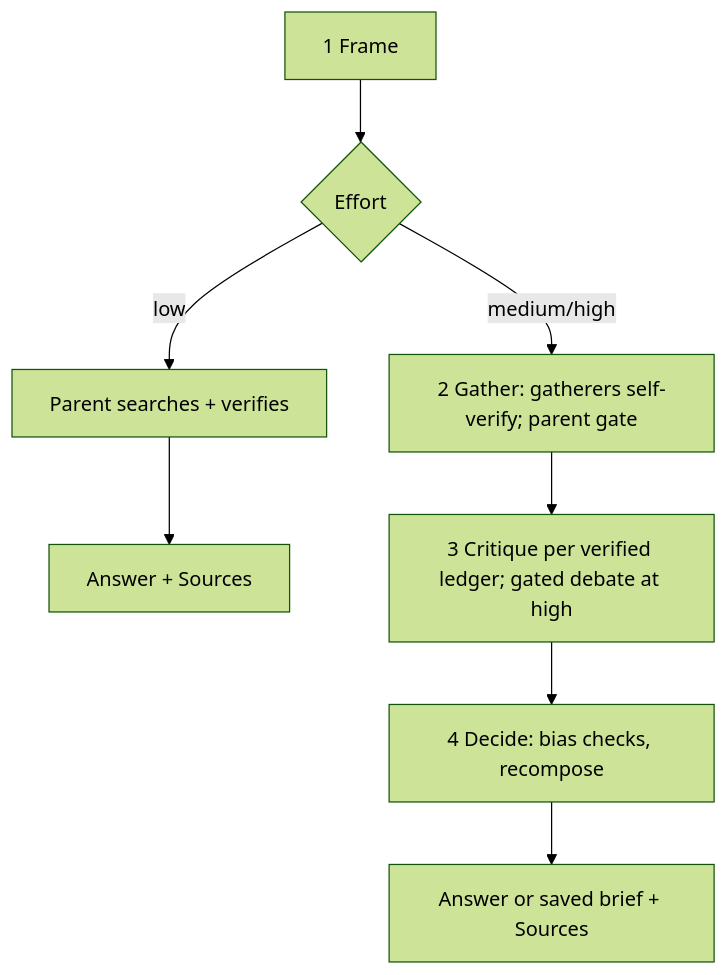
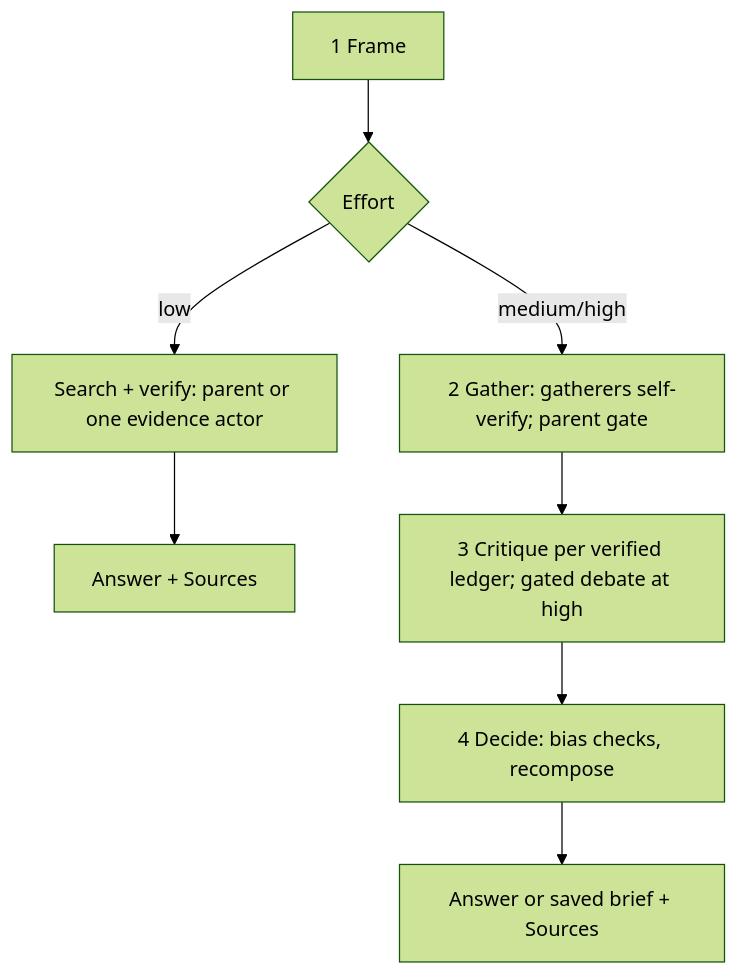
One commit to bgauryy/octocode changed the diagram in skills/octocode-brainstorming/SKILL.md. Above: the diagram before and after it, drawn with Mermaid (forest theme). The commit also changed other lines of this file and 1641 other files, not shown here.

````diff
--- a/skills/octocode-brainstorming/SKILL.md
+++ b/skills/octocode-brainstorming/SKILL.md
@@ -10,9 +10,9 @@
 ```mermaid
 flowchart TD
   F[1 Frame] --> E{Effort}
-  E -- low --> LG[Parent searches + verifies] --> A[Answer + Sources]
+  E -- low --> LG[Search + verify: parent or one evidence actor] --> A[Answer + Sources]
   E -- medium/high --> G[2 Gather: gatherers self-verify; parent gate]
   G --> K[3 Critique per verified ledger; gated debate at high]
   K --> D[4 Decide: bias checks, recompose]
   D --> R[Answer or saved brief + Sources]
 ```
````
